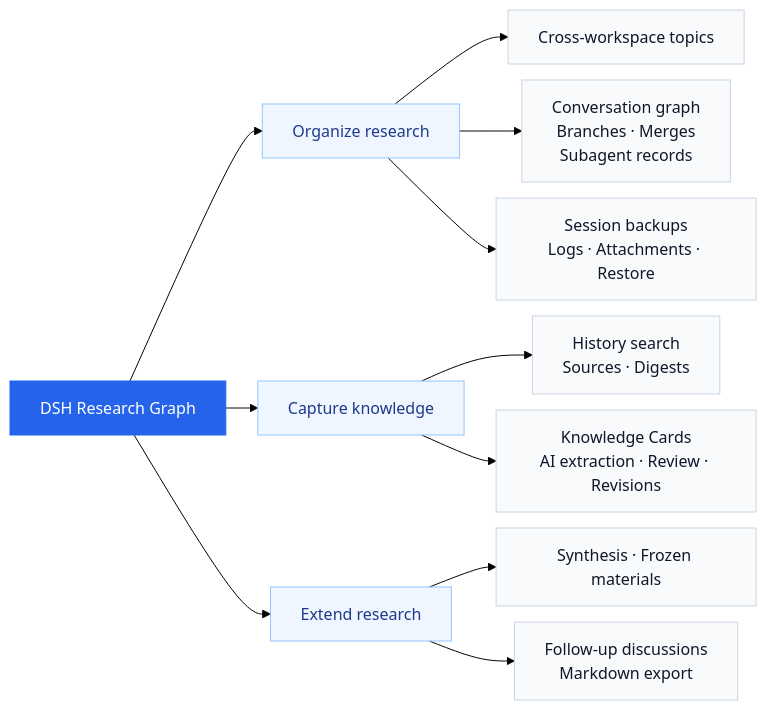
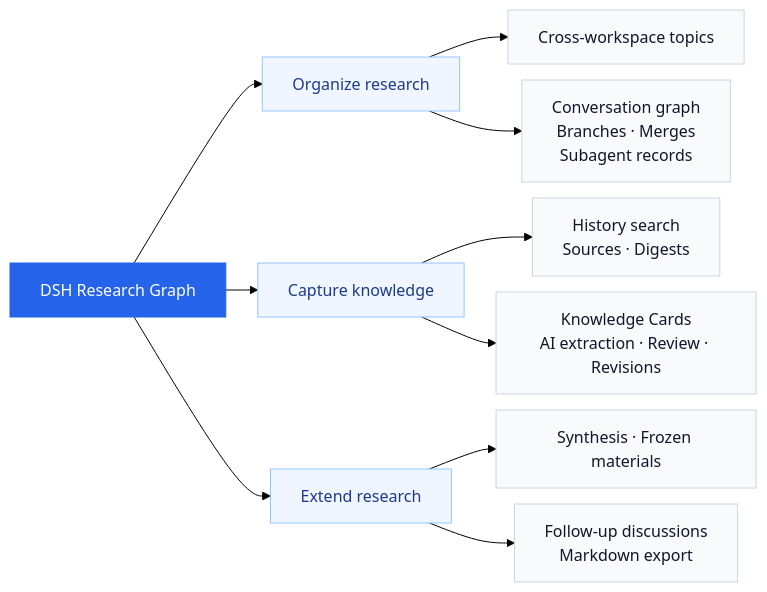
Before and after one commit to benz-ai-x/dsh-research-graph: the diagram in README.md, drawn with Mermaid (forest theme). The commit also changed other lines of this file and 45 other files, not shown here.

````diff
--- a/README.md
+++ b/README.md
@@ -25,19 +25,19 @@
 ```mermaid
 ---
 config:
   flowchart:
     nodeSpacing: 16
     rankSpacing: 32
 ---
 flowchart LR
   G["DSH Research Graph"] --> O["Organize research"] & K["Capture knowledge"] & R["Extend research"]
-  O --> O1["Cross-workspace topics"] & O2["Conversation graph<br/>Branches · Merges<br/>Subagent records"] & O3["Session backups<br/>Logs · Attachments · Restore"]
+  O --> O1["Cross-workspace topics"] & O2["Conversation graph<br/>Branches · Merges<br/>Subagent records"]
   K --> K1["History search<br/>Sources · Digests"] & K2["Knowledge Cards<br/>AI extraction · Review · Revisions"]
   R --> R1["Synthesis · Frozen materials"] & R2["Follow-up discussions<br/>Markdown export"]
   classDef brand fill:#2563eb,stroke:#2563eb,color:#fff
   classDef group fill:#eff6ff,stroke:#93c5fd,color:#1e3a8a
   classDef feature fill:#f8fafc,stroke:#cbd5e1,color:#0f172a
   class G brand
   class O,K,R group
-  class O1,O2,O3,K1,K2,R1,R2 feature
+  class O1,O2,K1,K2,R1,R2 feature
 ```
````
